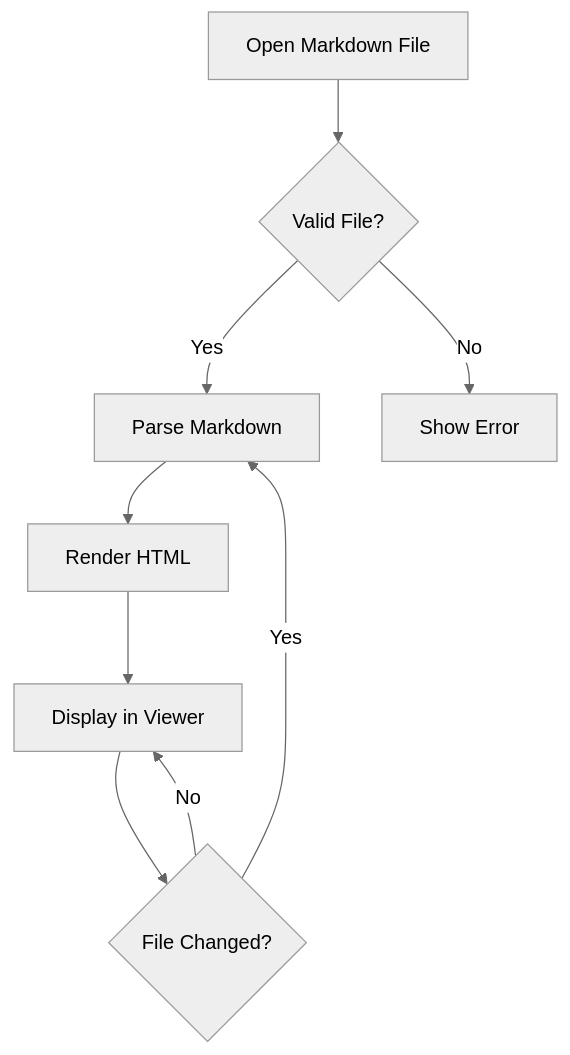
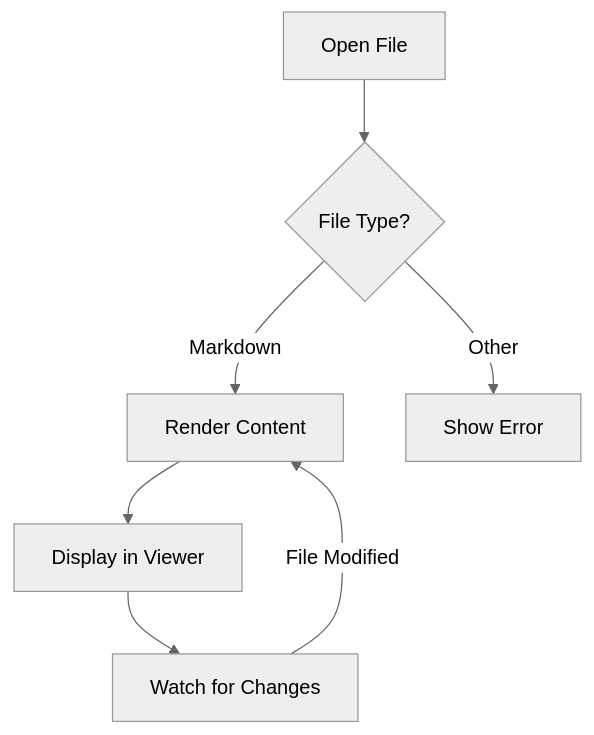
One commit to hamidfzm/glyph changed the first of 2 diagrams in sample.md. Above: the diagram before and after it, drawn with Mermaid (neutral theme). The commit also changed other lines of this file and 1 other file, not shown here.

````diff
--- a/sample.md
+++ b/sample.md
@@ -56,11 +87,9 @@
 ```mermaid
 graph TD
-    A[Open Markdown File] --> B{Valid File?}
-    B -->|Yes| C[Parse Markdown]
-    B -->|No| D[Show Error]
-    C --> E[Render HTML]
-    E --> F[Display in Viewer]
-    F --> G{File Changed?}
-    G -->|Yes| C
-    G -->|No| F
+    A[Open File] --> B{File Type?}
+    B -->|Markdown| C[Render Content]
+    B -->|Other| D[Show Error]
+    C --> E[Display in Viewer]
+    E --> F[Watch for Changes]
+    F -->|File Modified| C
 ```
````
